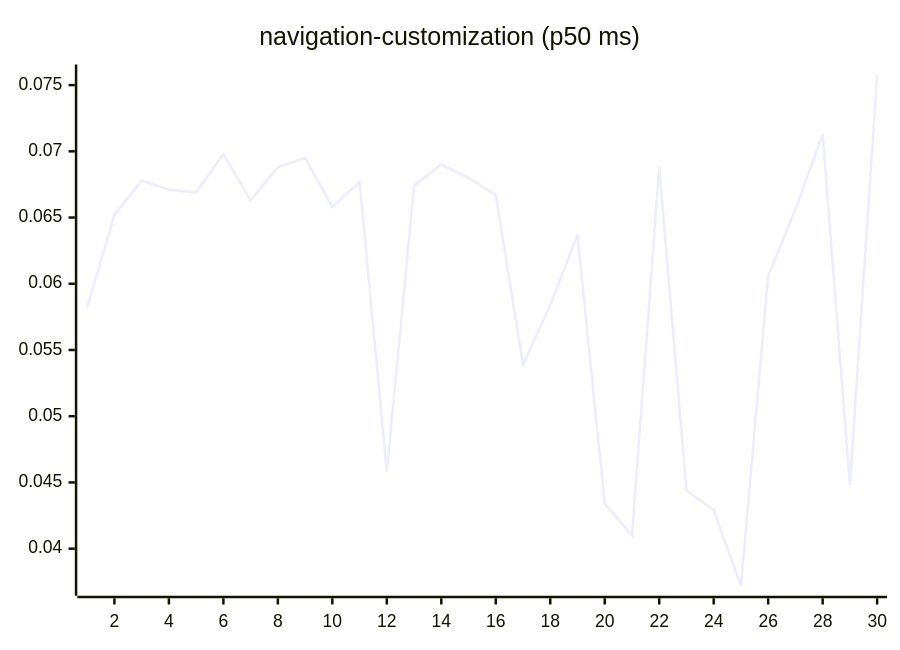
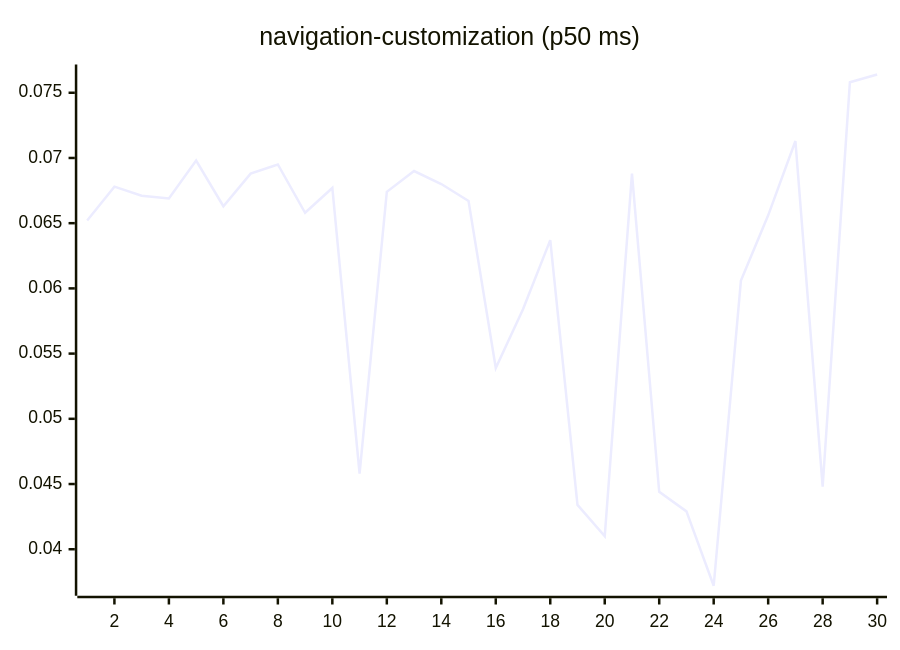
Before and after one commit to josha/Facet: diagram 15 of 27 in README.md, drawn with Mermaid. The commit also changed other lines of this file and 2 other files, not shown here.

````diff
--- a/README.md
+++ b/README.md
@@ -161,6 +161,6 @@
 ```mermaid
 xychart-beta
     title "navigation-customization (p50 ms)"
     x-axis 1 --> 30
-    line [0.0582, 0.0652, 0.0678, 0.0671, 0.0669, 0.0698, 0.0663, 0.0688, 0.0695, 0.0658, 0.0677, 0.0458, 0.0674, 0.0690, 0.0680, 0.0667, 0.0539, 0.0584, 0.0637, 0.0434, 0.0410, 0.0688, 0.0444, 0.0429, 0.0372, 0.0606, 0.0656, 0.0713, 0.0448, 0.0758]
+    line [0.0652, 0.0678, 0.0671, 0.0669, 0.0698, 0.0663, 0.0688, 0.0695, 0.0658, 0.0677, 0.0458, 0.0674, 0.0690, 0.0680, 0.0667, 0.0539, 0.0584, 0.0637, 0.0434, 0.0410, 0.0688, 0.0444, 0.0429, 0.0372, 0.0606, 0.0656, 0.0713, 0.0448, 0.0758, 0.0764]
 ```
````
